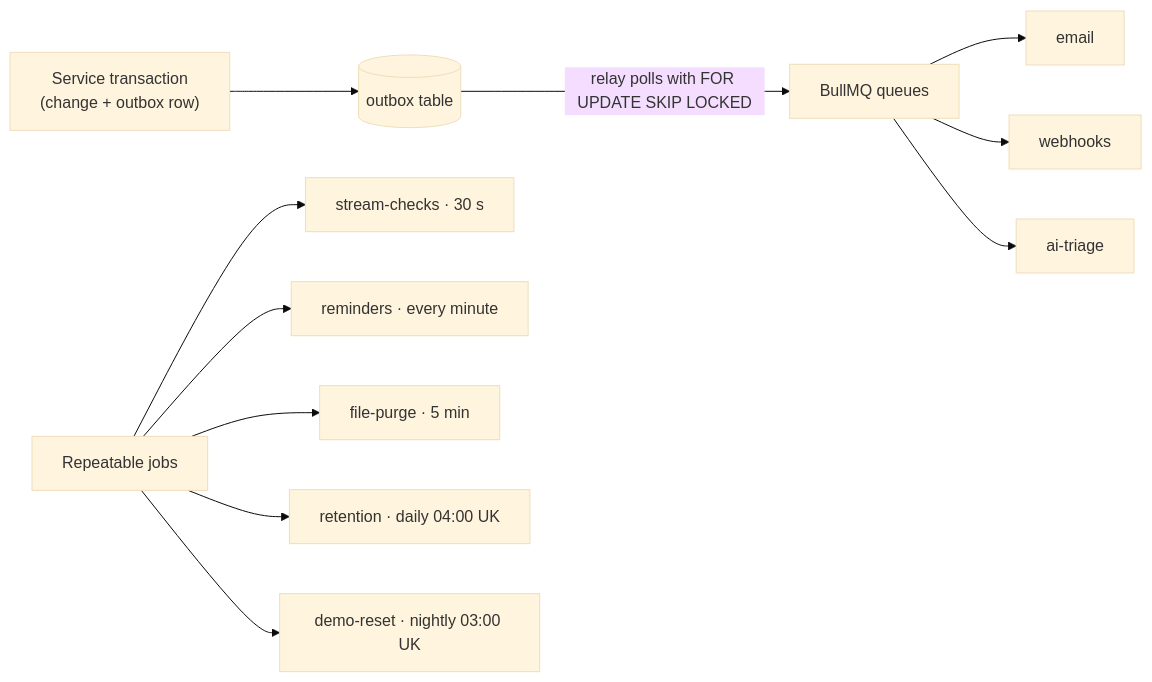
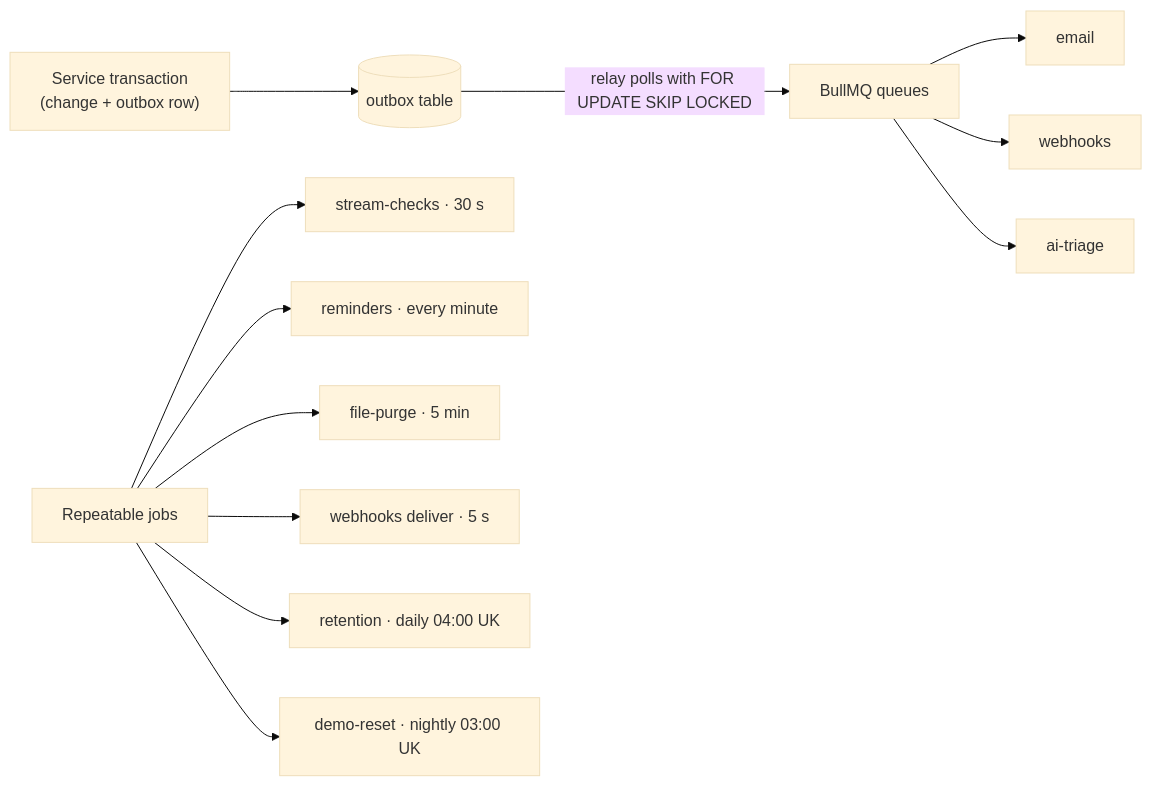
One commit to zhanru-dev/GoLiveBoard changed the fifth of 6 diagrams in docs/02-architecture.md. Above: the diagram before and after it, drawn with Mermaid (base theme). The commit also changed other lines of this file and 16 other files, not shown here.

````diff
--- a/docs/02-architecture.md
+++ b/docs/02-architecture.md
@@ -224,13 +224,14 @@
 ```mermaid
 flowchart LR
   tx["Service transaction<br/>(change + outbox row)"] --> outbox[("outbox table")]
   outbox -->|"relay polls with FOR UPDATE SKIP LOCKED"| q["BullMQ queues"]
   q --> email["email"]
   q --> wh["webhooks"]
   q --> triage["ai-triage"]
   sched["Repeatable jobs"] --> sc["stream-checks · 30 s"]
   sched --> rem["reminders · every minute"]
   sched --> purge["file-purge · 5 min"]
+  sched --> deliver["webhooks deliver · 5 s"]
   sched --> ret["retention · daily 04:00 UK"]
   sched --> demo["demo-reset · nightly 03:00 UK"]
 ```
````
